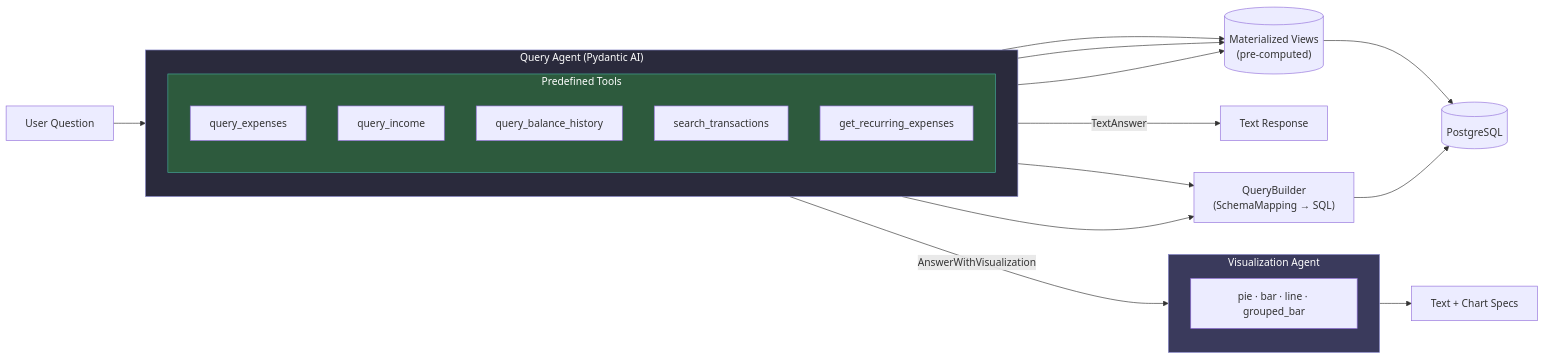
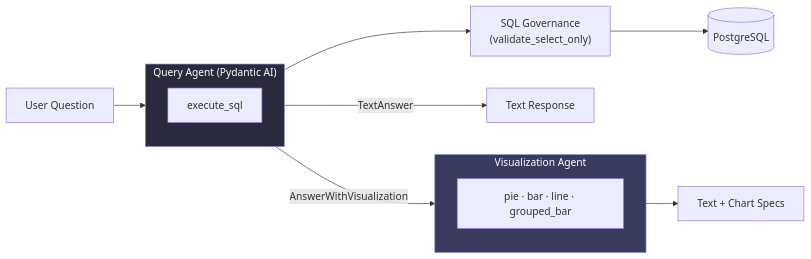
One commit to maxibove13/finance-query-agent changed the first of 7 diagrams in README.md. Above: the diagram before and after it, drawn with Mermaid. The commit also changed other lines of this file and 1 other file, not shown here.

First line of the commit message:
docs: update README and spec for text-to-SQL architecture [MPI-209]

````diff
--- a/README.md
+++ b/README.md
@@ -7,37 +7,24 @@
 ```mermaid
 graph LR
     Q["User Question"] --> QUERY_AGENT
 
     subgraph QUERY_AGENT["Query Agent (Pydantic AI)"]
         direction TB
-        subgraph PREDEFINED["Predefined Tools"]
-            direction TB
-            T1["query_expenses"]
-            T2["query_income"]
-            T3["query_balance_history"]
-            T4["search_transactions"]
-            T5["get_recurring_expenses"]
-        end
+        T1["execute_sql"]
     end
 
     QUERY_AGENT -->|"TextAnswer"| OUT_TEXT["Text Response"]
     QUERY_AGENT -->|"AnswerWithVisualization"| VIZ_AGENT
 
     subgraph VIZ_AGENT["Visualization Agent"]
         VIZ_OUT["pie · bar · line · grouped_bar"]
     end
 
     VIZ_AGENT --> OUT_VIZ["Text + Chart Specs"]
 
-    T1 --> MV[("Materialized Views<br/>(pre-computed)")]
-    T2 --> MV
-    T3 --> MV
-    T4 --> QB["QueryBuilder<br/>(SchemaMapping → SQL)"]
-    T5 --> QB
-    MV --> PG[("PostgreSQL")]
-    QB --> PG
+    T1 --> GOV["SQL Governance<br/>(validate_select_only)"]
+    GOV --> PG[("PostgreSQL")]
 
     style QUERY_AGENT fill:#2a2a3c,stroke:#88c,color:#fff
-    style PREDEFINED fill:#2d5a3d,stroke:#4a9,color:#fff
     style VIZ_AGENT fill:#3a3a5c,stroke:#88c,color:#fff
 ```
````
